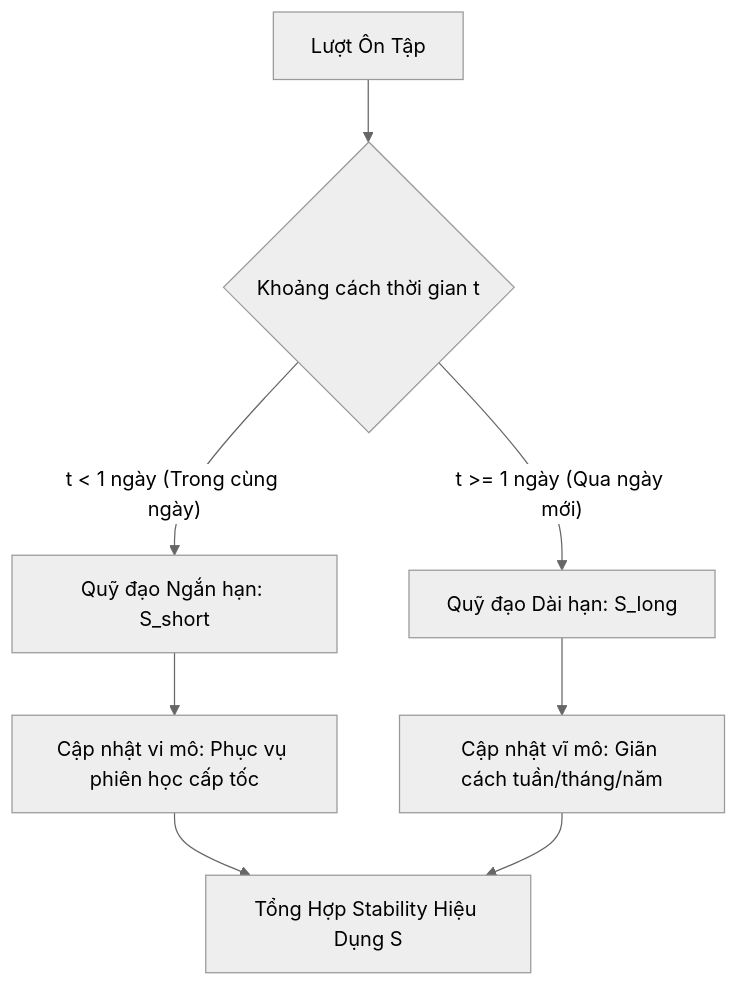
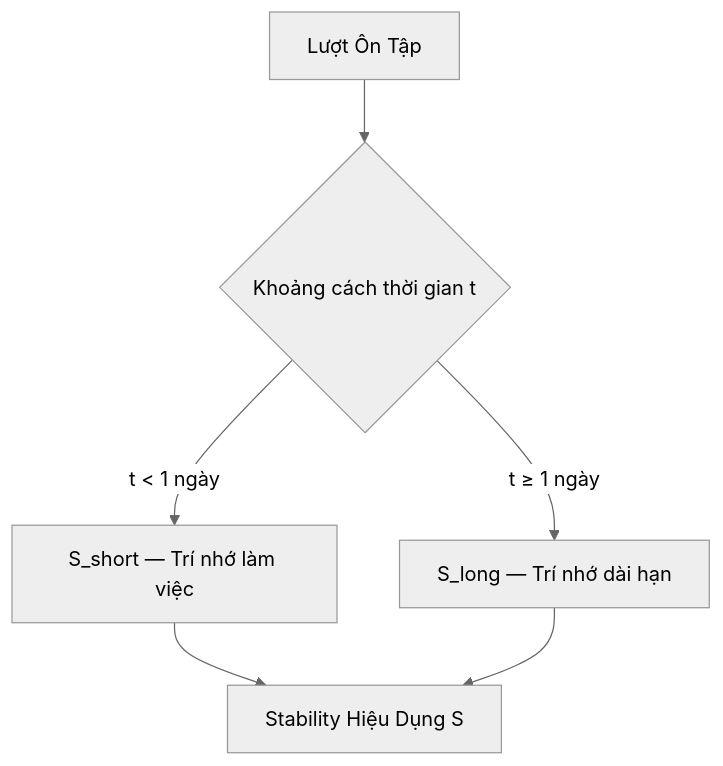
One commit to DATWY/ultimate-celestial-vocab changed the first of 3 diagrams in README.md. Above: the diagram before and after it, drawn with Mermaid (neutral theme). The commit also changed other lines of this file, not shown here.

````diff
--- a/README.md
+++ b/README.md
@@ -166,10 +153,8 @@
 ```mermaid
 graph TD
     A[Lượt Ôn Tập] --> B{Khoảng cách thời gian t}
-    B -- "t < 1 ngày (Trong cùng ngày)" --> C[Quỹ đạo Ngắn hạn: S_short]
-    B -- "t >= 1 ngày (Qua ngày mới)" --> D[Quỹ đạo Dài hạn: S_long]
-    C --> E[Cập nhật vi mô: Phục vụ phiên học cấp tốc]
-    D --> F[Cập nhật vĩ mô: Giãn cách tuần/tháng/năm]
-    E --> G[Tổng Hợp Stability Hiệu Dụng S]
-    F --> G
+    B -- "t < 1 ngày" --> C["S_short — Trí nhớ làm việc"]
+    B -- "t ≥ 1 ngày" --> D["S_long — Trí nhớ dài hạn"]
+    C --> G[Stability Hiệu Dụng S]
+    D --> G
 ```
````
